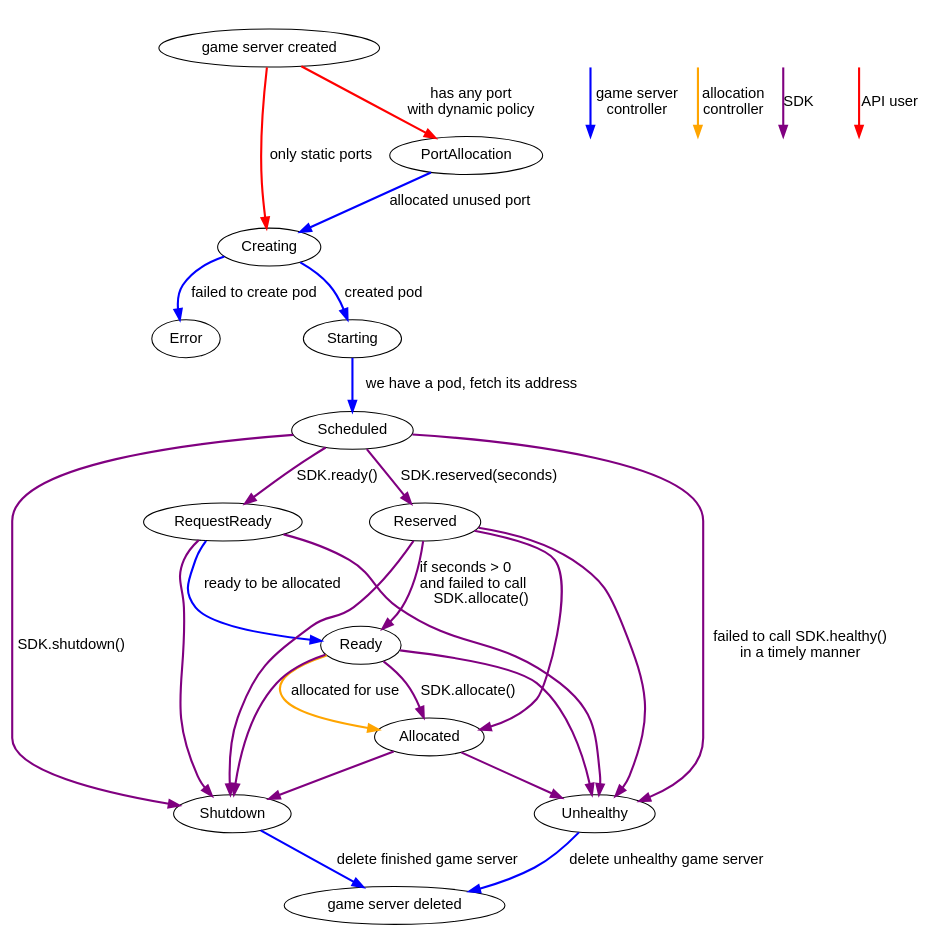
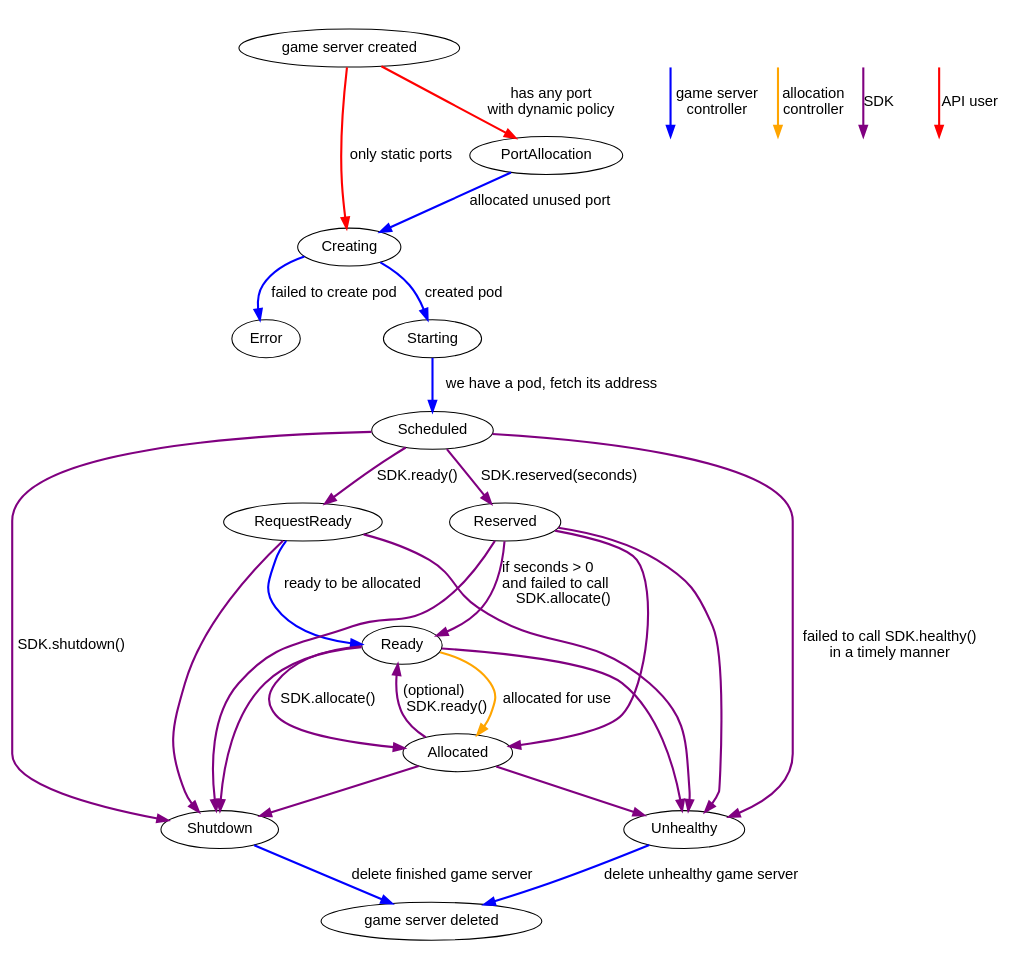
One commit to googleforgames/agones changed the diagram in site/static/diagrams/gameserver-states.dot. Above: the diagram before and after it, drawn with Graphviz. The commit also changed 1 other file, not shown here.

Commit message:
Updated GameServer State Diagram
Reflect the explanation of Q&A on the diagram.

```diff
--- a/site/static/diagrams/gameserver-states.dot
+++ b/site/static/diagrams/gameserver-states.dot
@@ -1,80 +1,81 @@
 digraph {
     graph [fontname = "helvetica"];
     node [fontname = "helvetica"];
     edge [fontname = "helvetica", pad="0.2", penwidth="2"];
 
     Created [ label = "game server created" ]
     PortAllocation
     Creating
     Error
     Starting
     Scheduled
     RequestReady
     Ready
     Reserved
     Allocated
     Shutdown
     Unhealthy
     Allocated
     Deleted [ label = "game server deleted" ]
 
     Created -> PortAllocation [ label ="has any port\nwith dynamic policy", color="red" ]
     Created -> Creating [ label="only static ports", color="red" ]
 
     PortAllocation -> Creating [ label="allocated unused port", color="blue" ]
     Creating -> Starting [ label="created pod", color="blue" ]
     Starting -> Scheduled [ label="we have a pod, fetch its address", color="blue" ]
     Scheduled -> Reserved [ label="SDK.reserved(seconds)", color="purple" ]
     Scheduled -> RequestReady [ label="SDK.ready()", color="purple" ]
     RequestReady -> Ready [ label="ready to be allocated", color="blue" ]
     Reserved -> Ready [label="if seconds > 0  \land failed to call  \lSDK.allocate()  " color="purple"]
+    Allocated -> Ready [ label="(optional)  \lSDK.ready()", color="purple" ]
 
     Ready -> Allocated [ label="allocated for use", color="orange" ]
     Ready -> Allocated [ label="SDK.allocate()   ", color="purple" ]
     Reserved -> Allocated [color="purple"]
 
     Creating -> Error [ label="failed to create pod", color="blue" ]
 
     Scheduled -> Shutdown [ label="SDK.shutdown()", color="purple" ]
     RequestReady -> Shutdown [ color="purple" ]
     Ready -> Shutdown [ color="purple" ]
     Allocated -> Shutdown [ color="purple" ]
     Reserved -> Shutdown [ color="purple" ]
 
 
     Scheduled -> Unhealthy [ label="failed to call SDK.healthy()\nin a timely manner" color="purple" ]
     RequestReady -> Unhealthy [ color="purple" ]
     Ready -> Unhealthy [ color="purple" ]
     Allocated -> Unhealthy [ color="purple" ]
     Reserved -> Unhealthy [ color="purple" ]
 
     Unhealthy -> Deleted [ label="delete unhealthy game server", color="blue" ]
     Shutdown -> Deleted [ label="delete finished game server", color="blue" ]
 
   subgraph cluster_01 {
     style=invis;
     {
         s1 [style="invis"];
         s2 [style="invis"];
         s1 -> s2 [ color="red", label="API user" ]
     }
 
     {
         s3 [style="invis"];
         s4 [style="invis"];
         s3 -> s4 [ color="purple", label="SDK" ]
     }
 
     {
         s5 [style="invis"];
         s6 [style="invis"];
         s5 -> s6 [ color="orange", label="allocation\ncontroller" ]
     }
 
     {
         s7 [style="invis"];
         s8 [style="invis"];
         s7 -> s8 [ color="blue", label="game server\ncontroller" ]
     }
   }
 }
```
